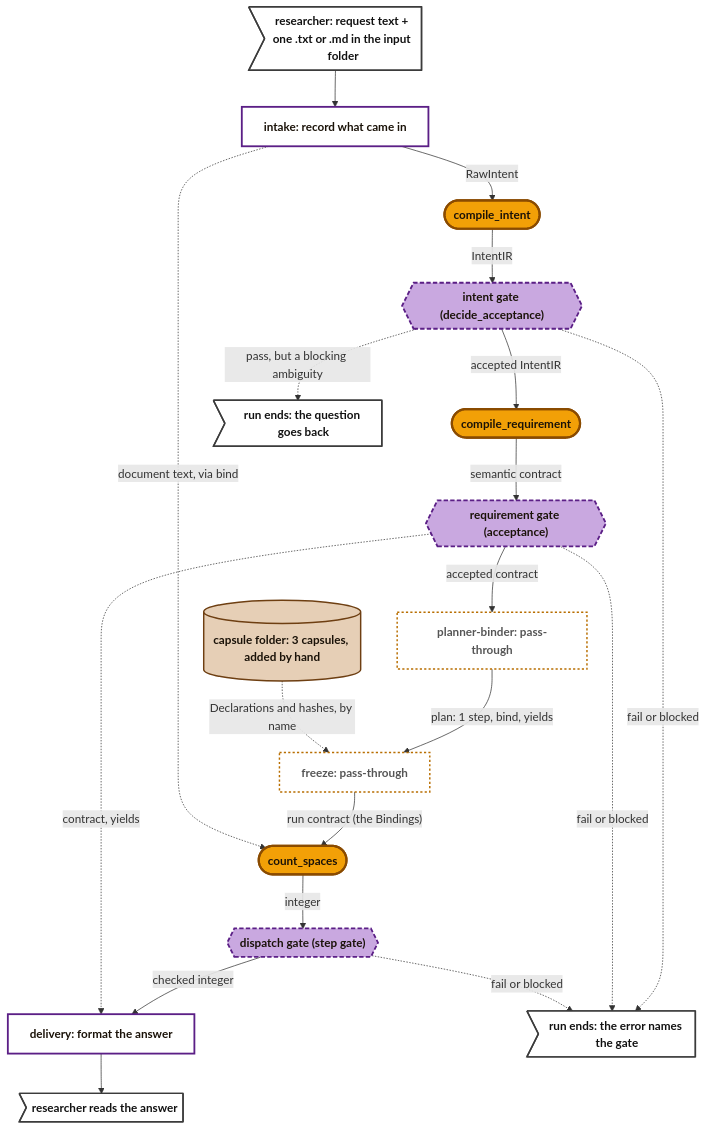
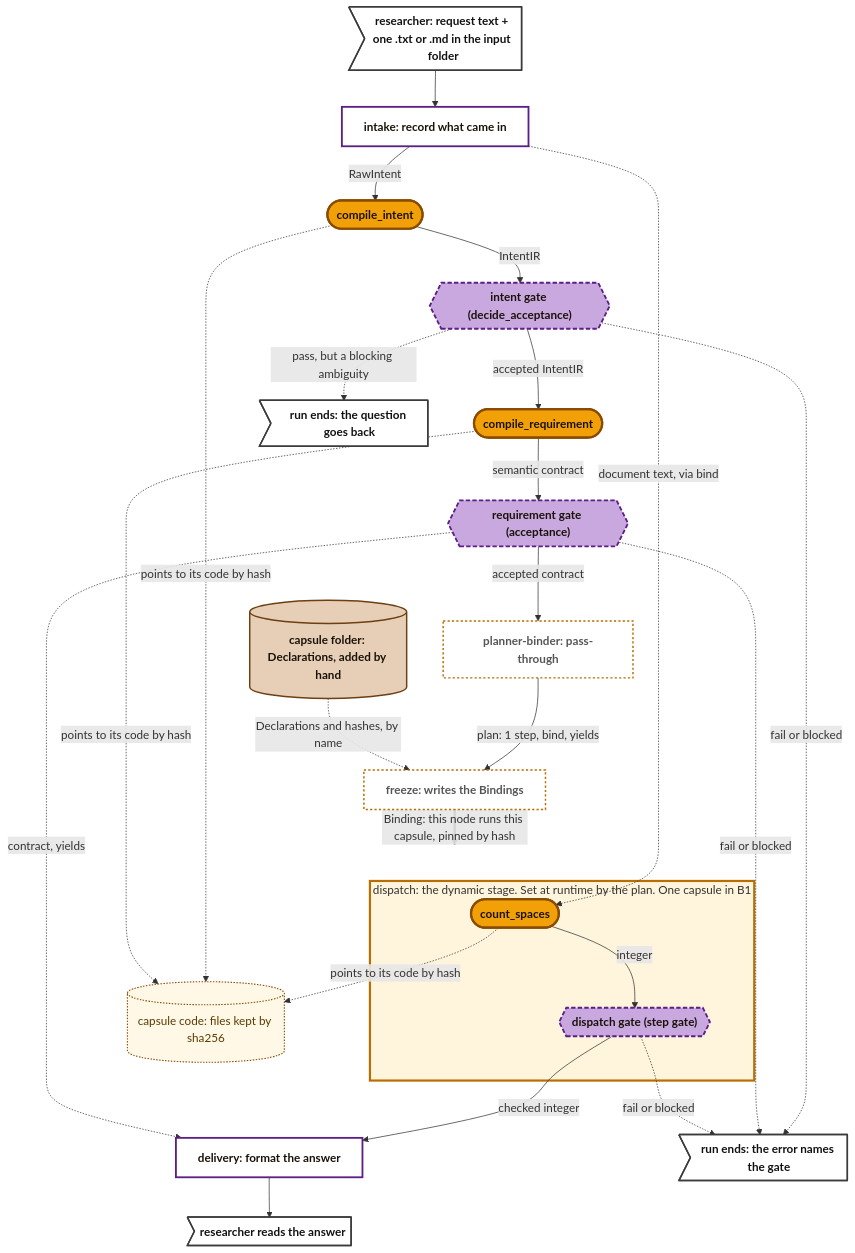
The first of 7 diagrams in docs/architecture/b1-design.md (Stellven/jiuwenswarm), drawn with Mermaid before and after one commit. The commit also changed other lines of this file and 24 other files, not shown here.

Commit message:
Add core schemas and keep models out of the capsule layer

````diff
--- a/docs/architecture/b1-design.md
+++ b/docs/architecture/b1-design.md
@@ -27,26 +27,33 @@
 ```mermaid
 flowchart TB
     H>"researcher: request text + one .txt or .md in the input folder"]:::ext --> IN["intake: record what came in"]:::ctrl
     IN -->|"RawIntent"| C1(["compile_intent"]):::cc
     C1 -->|"IntentIR"| G1{{"intent gate (decide_acceptance)"}}:::gate
     G1 -->|"accepted IntentIR"| C2(["compile_requirement"]):::cc
     C2 -->|"semantic contract"| G2{{"requirement gate (acceptance)"}}:::gate
     G2 -->|"accepted contract"| PB["planner-binder: pass-through"]:::thin
-    PB -->|"plan: 1 step, bind, yields"| FR["freeze: pass-through"]:::thin
-    ST[("capsule folder: 3 capsules, added by hand")]:::rec -.->|"Declarations and hashes, by name"| FR
-    FR -->|"run contract (the Bindings)"| C3(["count_spaces"]):::cc
+    PB -->|"plan: 1 step, bind, yields"| FR["freeze: writes the Bindings"]:::thin
+    ST[("capsule folder: Declarations, added by hand")]:::rec -.->|"Declarations and hashes, by name"| FR
+    FR ==>|"Binding: this node runs this capsule, pinned by hash"| DISPATCH
+    subgraph DISPATCH["dispatch: the dynamic stage. Set at runtime by the plan. One capsule in B1"]
+        C3(["count_spaces"]):::cc -->|"integer"| G3{{"dispatch gate (step gate)"}}:::gate
+    end
     IN -.->|"document text, via bind"| C3
-    C3 -->|"integer"| G3{{"dispatch gate (step gate)"}}:::gate
     G3 -->|"checked integer"| DL["delivery: format the answer"]:::ctrl
     G2 -.->|"contract, yields"| DL
     DL --> OUT>"researcher reads the answer"]:::ext
     G1 -.->|"pass, but a blocking ambiguity"| CL>"run ends: the question goes back"]:::ext
     G1 & G2 & G3 -.->|"fail or blocked"| STOP>"run ends: the error names the gate"]:::ext
+    CODE[("capsule code: files kept by sha256")]:::code
+    C1 & C2 & C3 -.->|"points to its code by hash"| CODE
 
     classDef cc fill:#F2A007,stroke:#8A4B00,stroke-width:3px,color:#1a1208,font-weight:bold
     classDef gate fill:#C9A8E0,stroke:#5B1F86,stroke-width:2.5px,stroke-dasharray:6 3,color:#1a1208,font-weight:bold
     classDef ctrl fill:#ffffff,stroke:#5B1F86,stroke-width:2.5px,color:#1a1208,font-weight:bold
     classDef thin fill:#FFFFFF,stroke:#B86E00,stroke-width:2px,stroke-dasharray:3 3,color:#555555,font-weight:bold
     classDef rec fill:#E6CFB6,stroke:#6E3F12,stroke-width:2px,color:#1a1208,font-weight:bold
     classDef ext fill:#ffffff,stroke:#3b3b3b,stroke-width:2px,color:#111111,font-weight:bold
+    classDef tool fill:#CFE3F7,stroke:#1F5A96,stroke-width:2px,color:#1a1208,font-weight:bold
+    classDef code fill:#FFF8E6,stroke:#8A4B00,stroke-width:1.5px,stroke-dasharray:2 2,color:#5a3a00
+    style DISPATCH fill:#FFF4DC,stroke:#B86E00,stroke-width:3px
 ```
````
